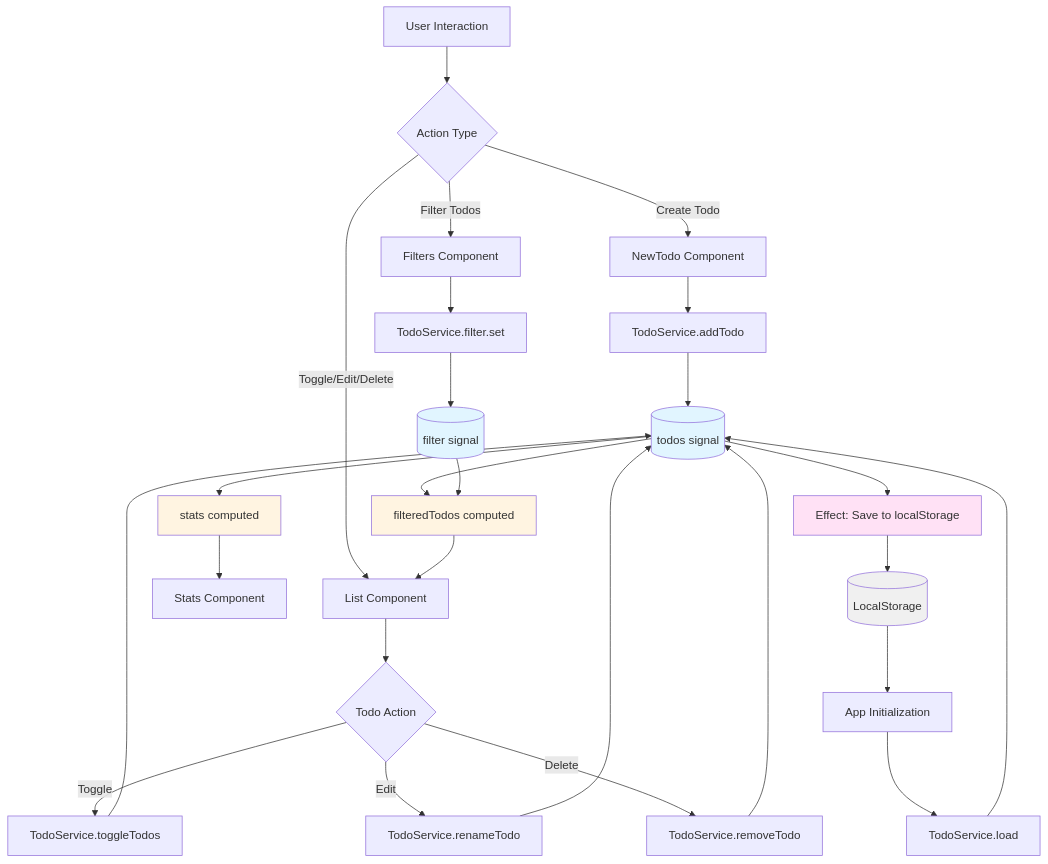
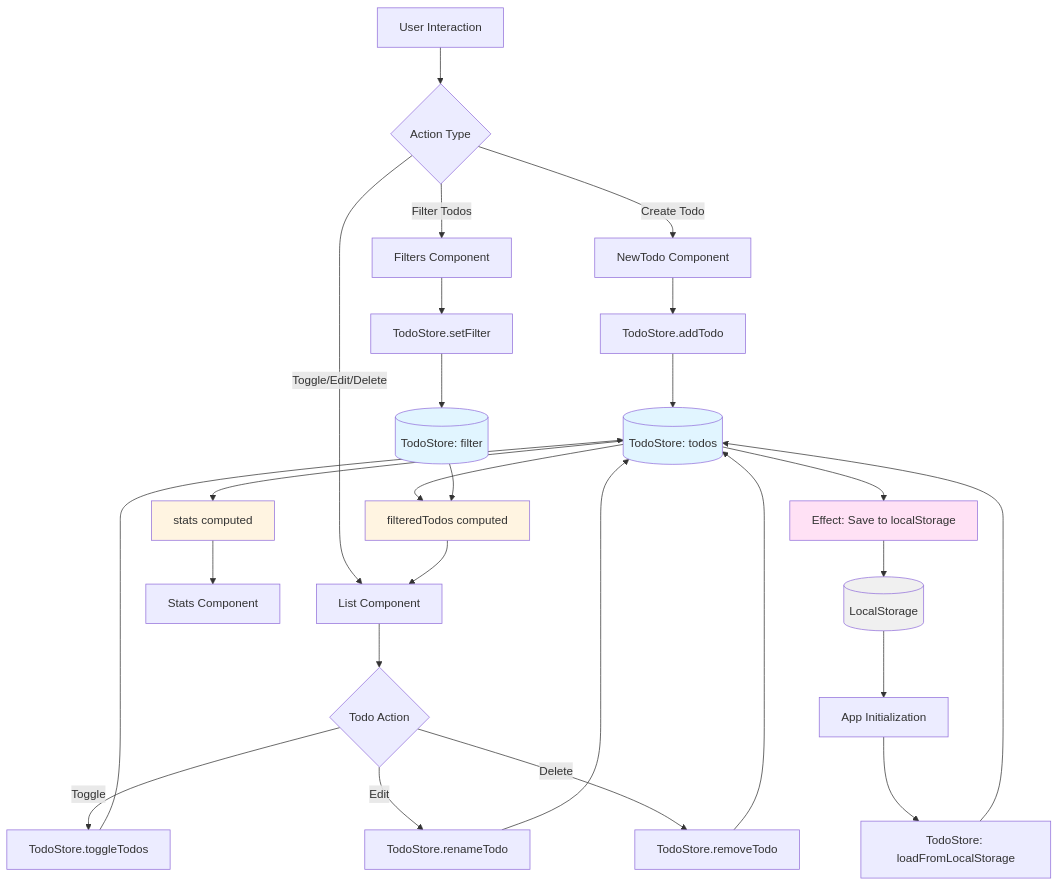
Before and after one commit to neves350/todo-app-web: the diagram in README.md, drawn with Mermaid. The commit also changed other lines of this file, not shown here.

````diff
--- a/README.md
+++ b/README.md
@@ -60,43 +62,43 @@
 ```mermaid
 graph TD
     A[User Interaction] --> B{Action Type}
     
     B -->|Create Todo| C[NewTodo Component]
     B -->|Filter Todos| D[Filters Component]
     B -->|Toggle/Edit/Delete| E[List Component]
     
-    C --> F[TodoService.addTodo]
-    D --> G[TodoService.filter.set]
+    C --> F[TodoStore.addTodo]
+    D --> G[TodoStore.setFilter]
     E --> H{Todo Action}
     
-    H -->|Toggle| I[TodoService.toggleTodos]
-    H -->|Edit| J[TodoService.renameTodo]
-    H -->|Delete| K[TodoService.removeTodo]
+    H -->|Toggle| I[TodoStore.toggleTodos]
+    H -->|Edit| J[TodoStore.renameTodo]
+    H -->|Delete| K[TodoStore.removeTodo]
     
-    F --> L[(todos signal)]
-    G --> M[(filter signal)]
+    F --> L[(TodoStore: todos)]
+    G --> M[(TodoStore: filter)]
     I --> L
     J --> L
     K --> L
     
     L --> N[filteredTodos computed]
     M --> N
     L --> O[stats computed]
     
     N --> E
     O --> P[Stats Component]
     
     L --> Q[Effect: Save to localStorage]
     Q --> R[(LocalStorage)]
     
     R --> S[App Initialization]
-    S --> T[TodoService.load]
+    S --> T[TodoStore: loadFromLocalStorage]
     T --> L
     
     style L fill:#e1f5ff
     style M fill:#e1f5ff
     style N fill:#fff4e1
     style O fill:#fff4e1
     style Q fill:#ffe1f5
     style R fill:#f0f0f0
 ```
````
